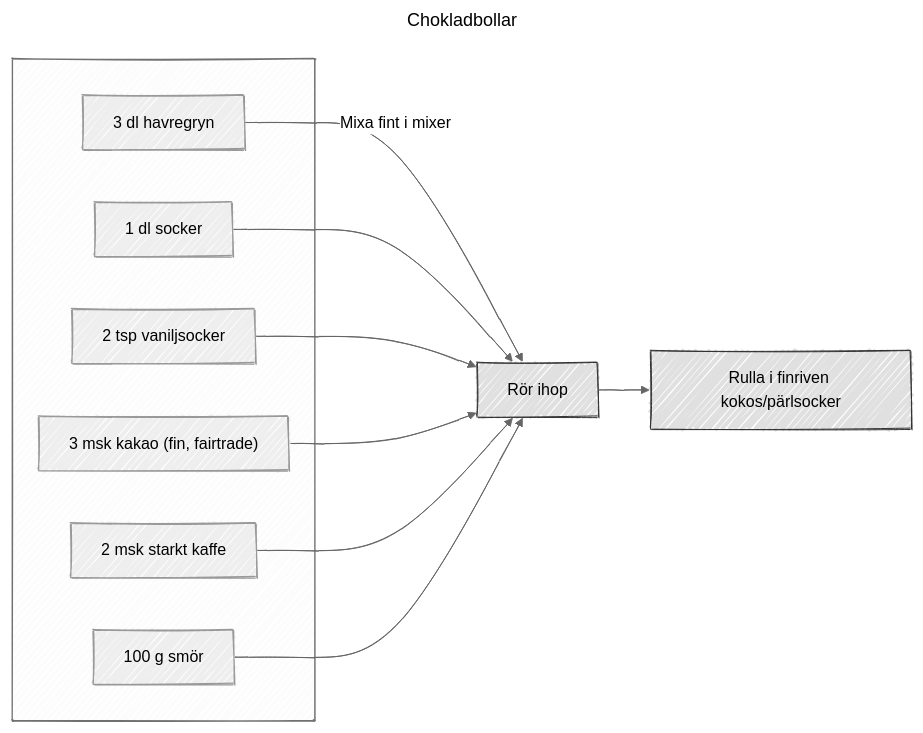
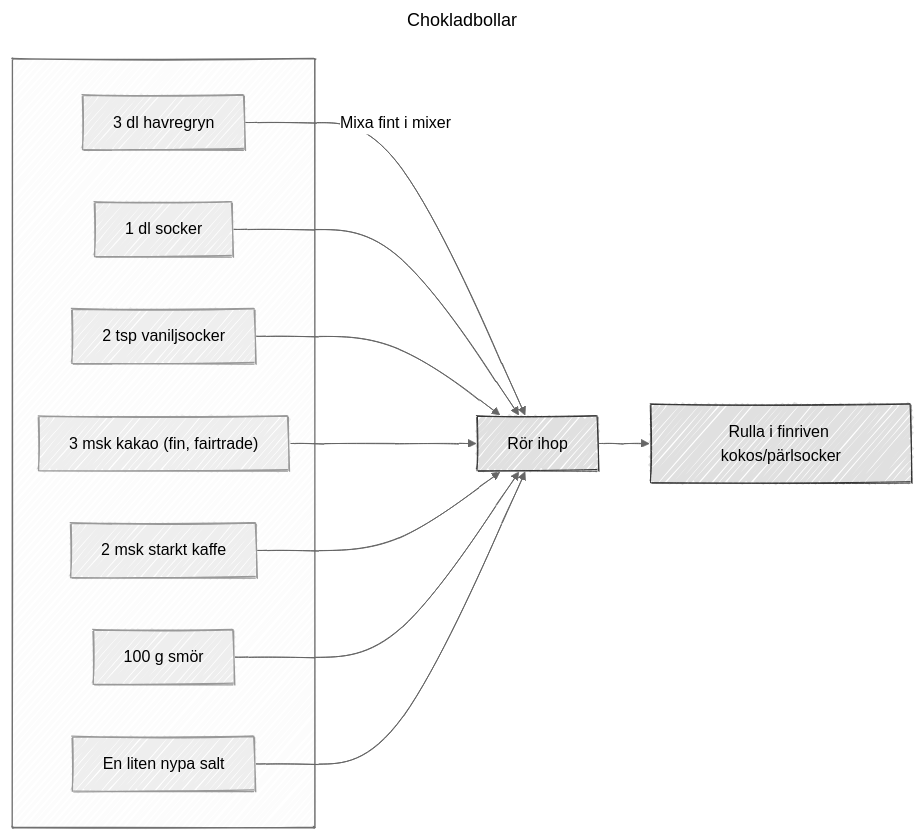
Before and after one commit to fredrikwangberg/github-recipes: the diagram in recipes/chokladbollar.mmd, drawn with Mermaid.

Commit message:
also add salt

```diff
--- a/recipes/chokladbollar.mmd
+++ b/recipes/chokladbollar.mmd
@@ -1,32 +1,34 @@
 ---
 title: Chokladbollar
 config:
   look: handDrawn
   theme: neutral
 ---
 
 flowchart LR
 
 subgraph " "
 
     A["3 dl havregryn"]
     B[1 dl socker]
     C[2 tsp vaniljsocker]
     D["3 msk kakao (fin, fairtrade)" ]
     E["2 msk starkt kaffe" ]
     F["100 g smör"]
+    G["En liten nypa salt"]
 end
 
 
 A --> |Mixa fint i mixer|Step1["Rör ihop"]
 B --> Step1
 C --> Step1
 D --> Step1
 E --> Step1
 F --> Step1
+G --> Step1
 
 Step1 --> Step2["Rulla i finriven kokos/pärlsocker"]
 
 %% Styles
 style Step1 fill:#e0e0e0,stroke:#333,stroke-width:1px
 style Step2 fill:#e0e0e0,stroke:#333,stroke-width:1px
```
